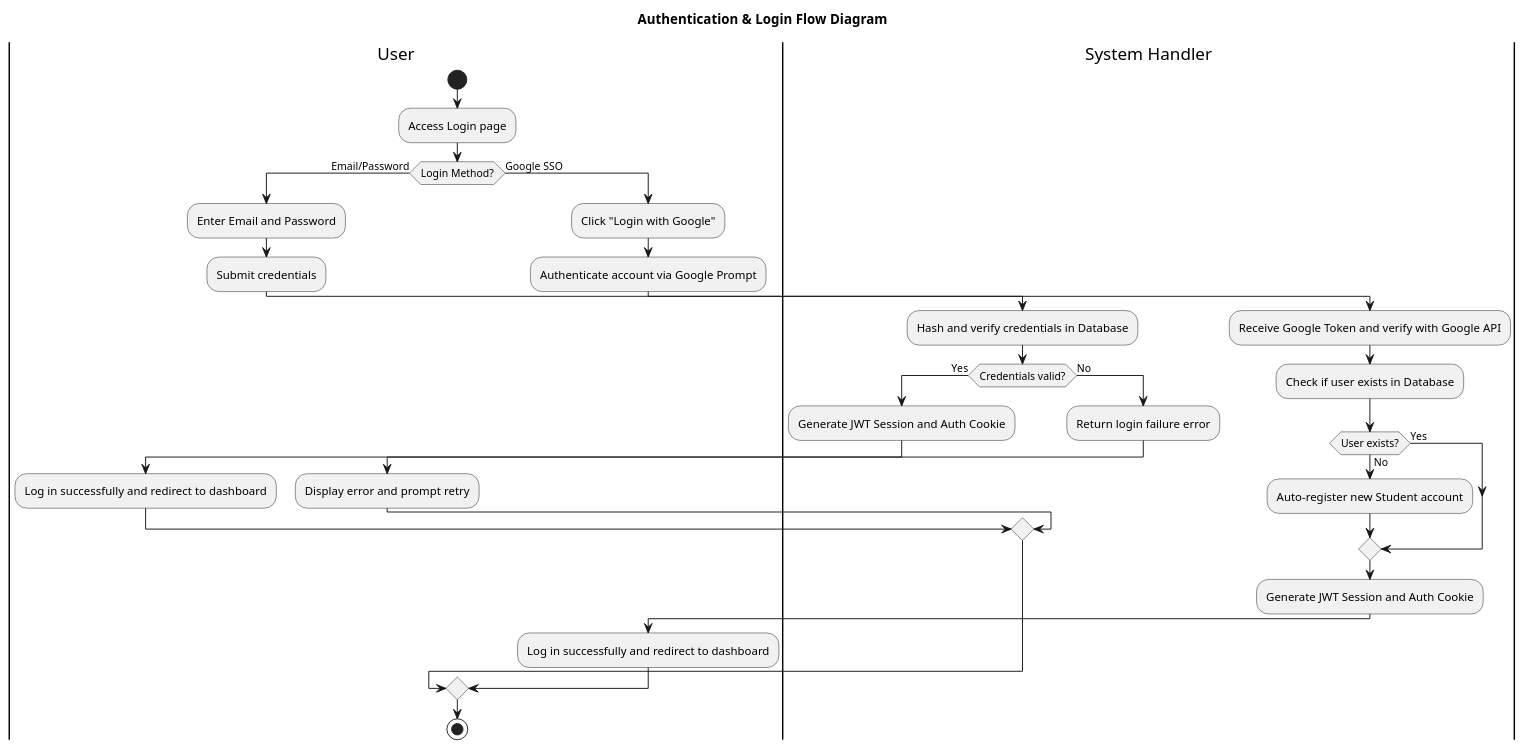
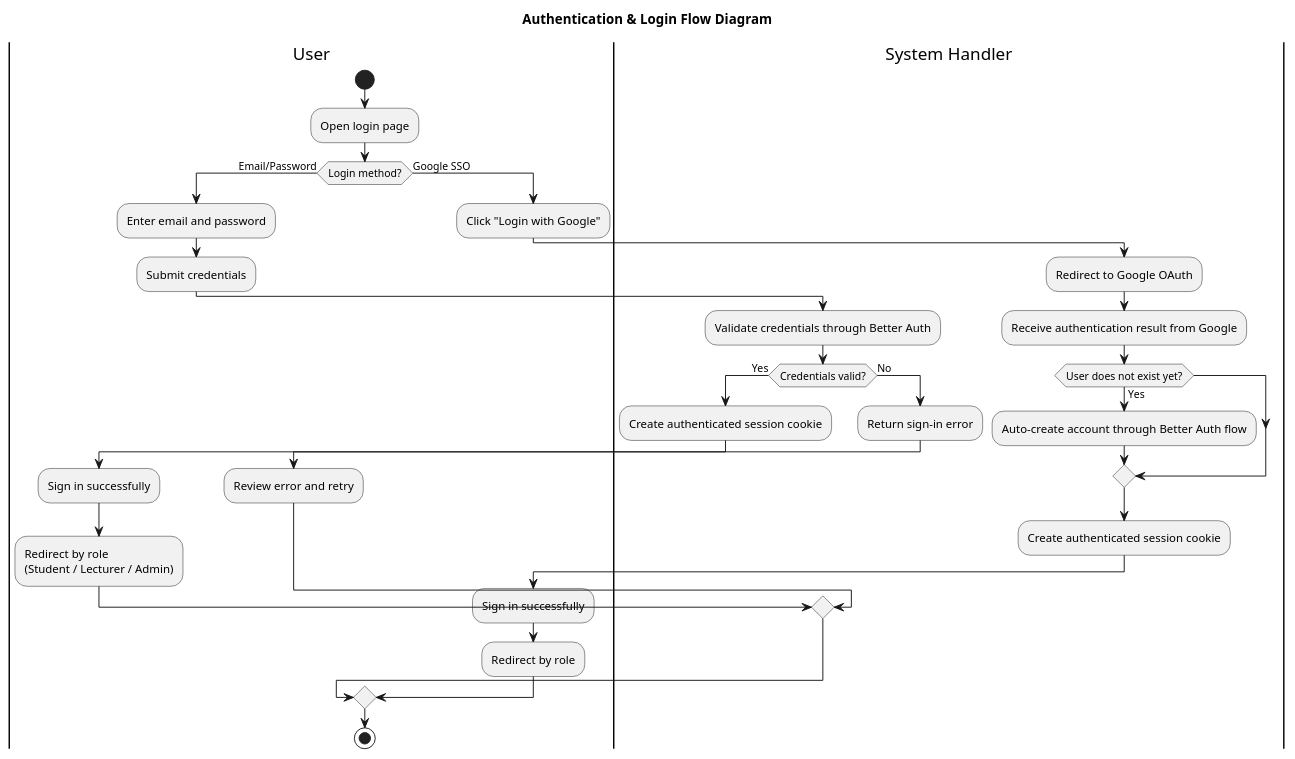
The diagram in docs/srs/flow-login.en.puml (lgdlong/chatbot-rag-fptu), drawn with PlantUML before and after one commit. The commit also changed 19 other files, not shown here.

```diff
--- a/docs/srs/flow-login.en.puml
+++ b/docs/srs/flow-login.en.puml
@@ -1,39 +1,38 @@
 @startuml
 title Authentication & Login Flow Diagram
 
 |User|
 start
-:Access Login page;
-if (Login Method?) then (Email/Password)
-  :Enter Email and Password;
+:Open login page;
+if (Login method?) then (Email/Password)
+  :Enter email and password;
   :Submit credentials;
   |System Handler|
-  :Hash and verify credentials in Database;
+  :Validate credentials through Better Auth;
   if (Credentials valid?) then (Yes)
-    :Generate JWT Session and Auth Cookie;
+    :Create authenticated session cookie;
     |User|
-    :Log in successfully and redirect to dashboard;
+    :Sign in successfully;
+    :Redirect by role\n(Student / Lecturer / Admin);
   else (No)
     |System Handler|
-    :Return login failure error;
+    :Return sign-in error;
     |User|
-    :Display error and prompt retry;
+    :Review error and retry;
   endif
 else (Google SSO)
+  :Click "Login with Google";
+  |System Handler|
+  :Redirect to Google OAuth;
+  :Receive authentication result from Google;
+  if (User does not exist yet?) then (Yes)
+    :Auto-create account through Better Auth flow;
+  endif
+  :Create authenticated session cookie;
   |User|
-  :Click "Login with Google";
-  :Authenticate account via Google Prompt;
-  |System Handler|
-  :Receive Google Token and verify with Google API;
-  :Check if user exists in Database;
-  if (User exists?) then (No)
-    :Auto-register new Student account;
-  else (Yes)
-  endif
-  :Generate JWT Session and Auth Cookie;
-  |User|
-  :Log in successfully and redirect to dashboard;
+  :Sign in successfully;
+  :Redirect by role;
 endif
 
 stop
 @enduml
```
